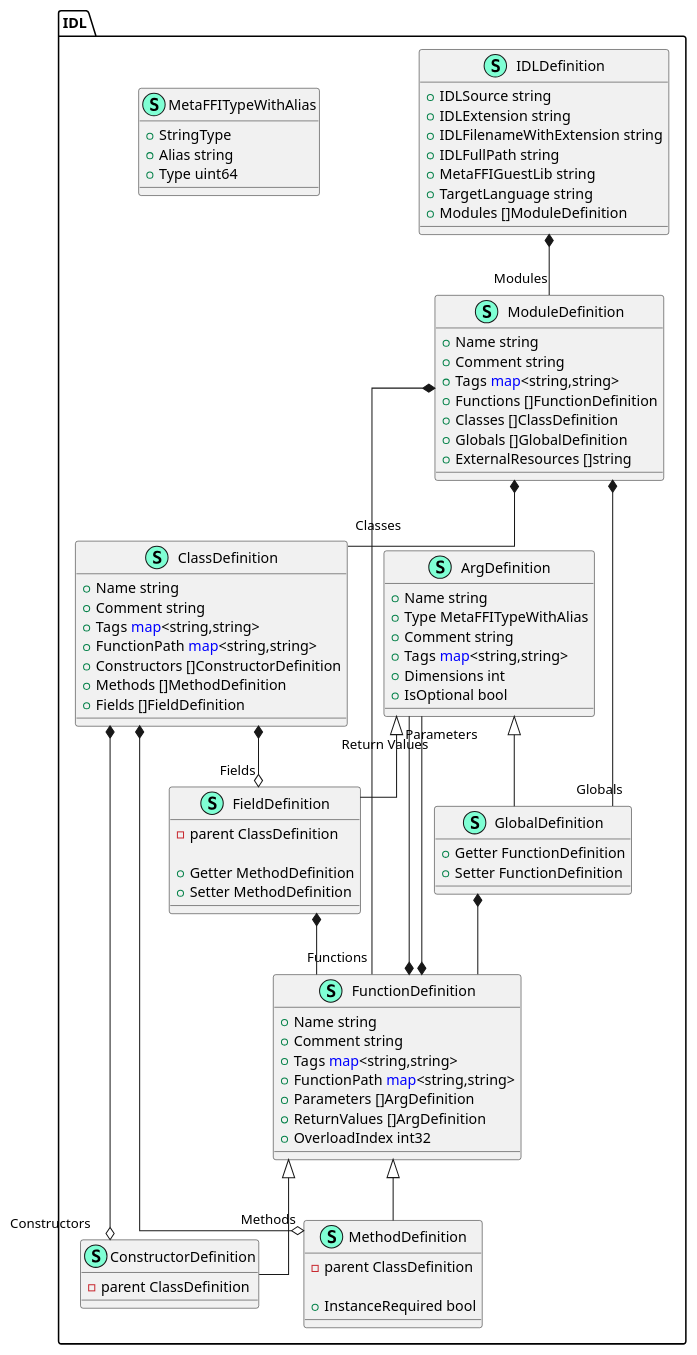
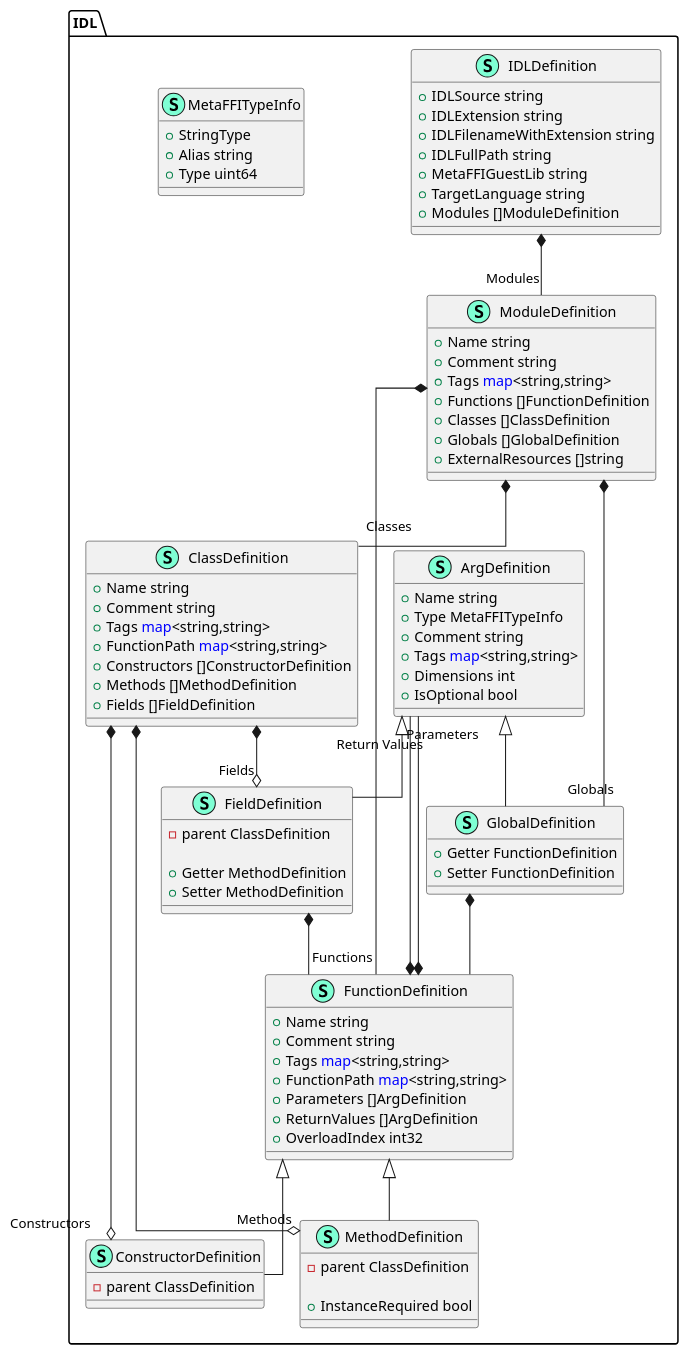
One commit to MetaFFI/plugin-sdk changed the diagram in compiler/go/IDL/IDLDefinition.puml. Above: the diagram before and after it, drawn with PlantUML. The commit also changed 6 other files, not shown here.

Commit message:
change api to from "with alias" to "info"

```diff
--- a/compiler/go/IDL/IDLDefinition.puml
+++ b/compiler/go/IDL/IDLDefinition.puml
@@ -1,97 +1,97 @@
 @startuml
 skinparam linetype ortho
 namespace IDL {
     class ArgDefinition << (S,Aquamarine) >> {
         + Name string
-        + Type MetaFFITypeWithAlias
+        + Type MetaFFITypeInfo
         + Comment string
         + Tags <font color=blue>map</font><string,string>
         + Dimensions int
         + IsOptional bool
     }
     class ClassDefinition << (S,Aquamarine) >> {
         + Name string
         + Comment string
         + Tags <font color=blue>map</font><string,string>
         + FunctionPath <font color=blue>map</font><string,string>
         + Constructors []ConstructorDefinition
         + Methods []MethodDefinition
         + Fields []FieldDefinition
     }
     class ConstructorDefinition << (S,Aquamarine) >> {
         - parent ClassDefinition
 
     }
     class FieldDefinition << (S,Aquamarine) >> {
         - parent ClassDefinition
 
         + Getter MethodDefinition
         + Setter MethodDefinition
     }
     class FunctionDefinition << (S,Aquamarine) >> {
         + Name string
         + Comment string
         + Tags <font color=blue>map</font><string,string>
         + FunctionPath <font color=blue>map</font><string,string>
         + Parameters []ArgDefinition
         + ReturnValues []ArgDefinition
         + OverloadIndex int32
     }
     class GlobalDefinition << (S,Aquamarine) >> {
         + Getter FunctionDefinition
         + Setter FunctionDefinition
     }
     class IDLDefinition << (S,Aquamarine) >> {
         + IDLSource string
         + IDLExtension string
         + IDLFilenameWithExtension string
         + IDLFullPath string
         + MetaFFIGuestLib string
         + TargetLanguage string
         + Modules []ModuleDefinition
     }
-    class MetaFFITypeWithAlias << (S,Aquamarine) >> {
+    class MetaFFITypeInfo << (S,Aquamarine) >> {
     	+ StringType
     	+ Alias string
     	+ Type uint64
     }
     class MethodDefinition << (S,Aquamarine) >> {
         - parent ClassDefinition
 
         + InstanceRequired bool
     }
     class ModuleDefinition << (S,Aquamarine) >> {
         + Name string
         + Comment string
         + Tags <font color=blue>map</font><string,string>
         + Functions []FunctionDefinition
         + Classes []ClassDefinition
         + Globals []GlobalDefinition
         + ExternalResources []string
     }
 
     "IDL.IDLDefinition" *-- "Modules" "IDL.ModuleDefinition"
 
     "IDL.ModuleDefinition" *-- "Functions" "IDL.FunctionDefinition"
     "IDL.ModuleDefinition" *-- "Classes" "IDL.ClassDefinition"
     "IDL.ModuleDefinition" *-- "Globals" "IDL.GlobalDefinition"
 
     "IDL.ClassDefinition" *--o "Constructors" "IDL.ConstructorDefinition"
     "IDL.ClassDefinition" *--o "Methods" "IDL.MethodDefinition"
     "IDL.ClassDefinition" *--o "Fields" "IDL.FieldDefinition"
 
     "IDL.FunctionDefinition" <|-- "IDL.ConstructorDefinition"
     "IDL.FunctionDefinition" <|-- "IDL.MethodDefinition"
     "IDL.FunctionDefinition" *-- "Parameters" "IDL.ArgDefinition"
     "IDL.FunctionDefinition" *-- "Return Values" "IDL.ArgDefinition"
 
     "IDL.GlobalDefinition" *-- "IDL.FunctionDefinition"
     "IDL.FieldDefinition" *-- "IDL.FunctionDefinition"
 
     "IDL.ArgDefinition" <|-- "IDL.FieldDefinition"
     "IDL.ArgDefinition" <|-- "IDL.GlobalDefinition"
 }
 
 
 
 @enduml
```
